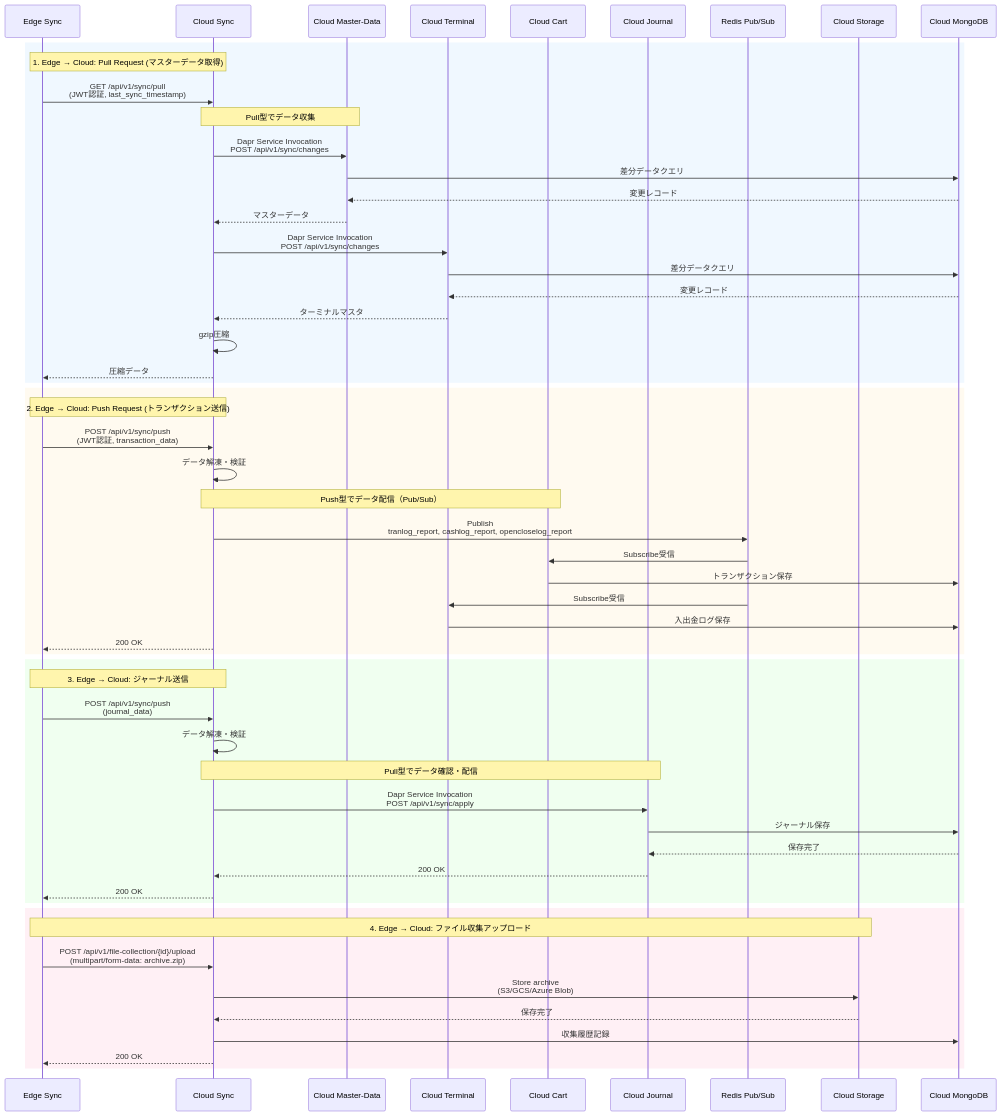
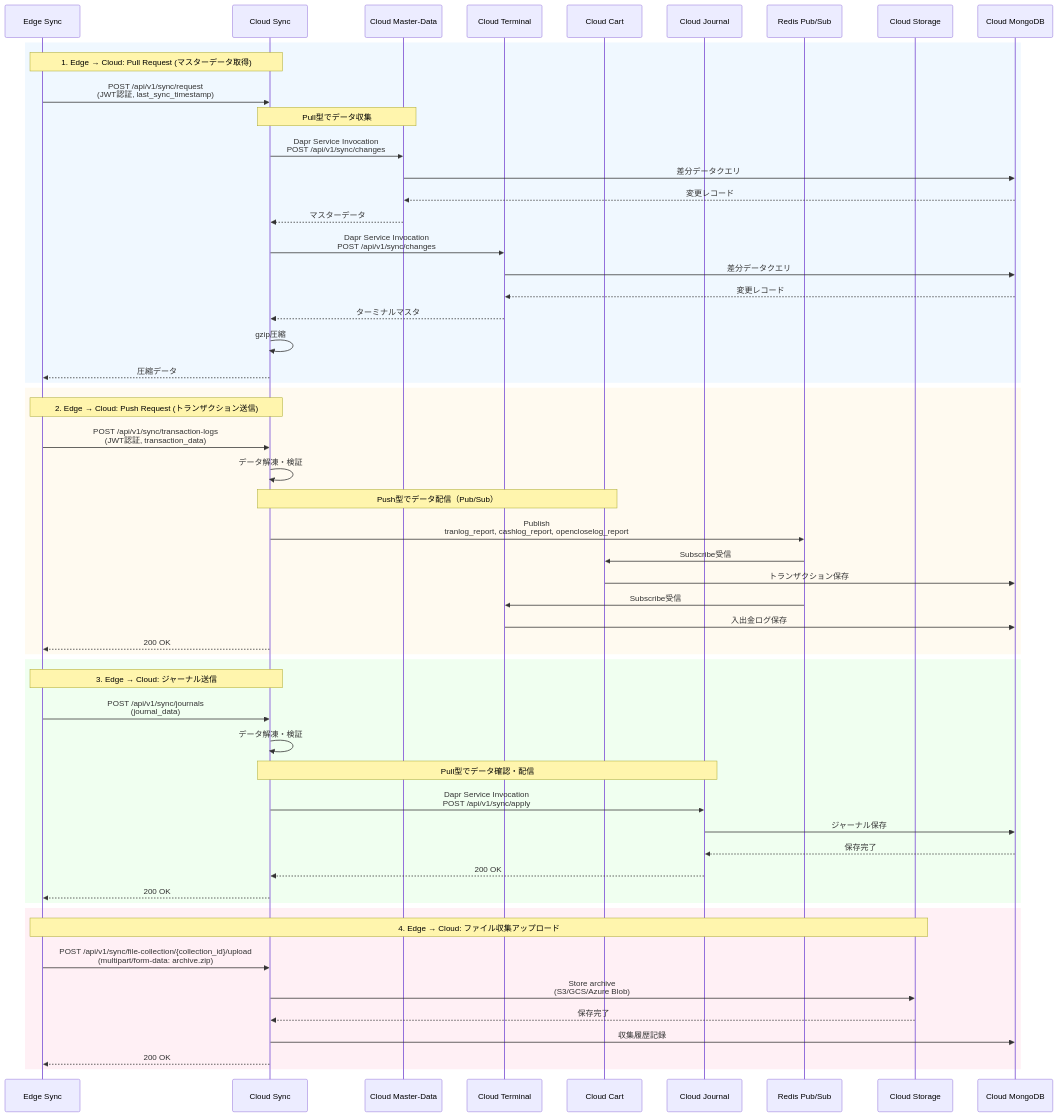
Diagram 25 of 32 in notes/1-sync/03_アーキテクチャー解説書.md (gaocuiping/kugelpos-stpos-docs-new), drawn with Mermaid before and after one commit. The commit also changed other lines of this file and 1 other file, not shown here.

First line of the commit message:
docs: Sync Serviceのエンドポイントをすべて/api/v1/syncプレフィックスに統一 #1

````diff
--- a/notes/1-sync/03_アーキテクチャー解説書.md
+++ b/notes/1-sync/03_アーキテクチャー解説書.md
@@ -1422,81 +1422,81 @@
 ```mermaid
 sequenceDiagram
     participant EdgeSync as Edge Sync
     participant CloudSync as Cloud Sync
     participant CloudMD as Cloud Master-Data
     participant CloudTerm as Cloud Terminal
     participant CloudCart as Cloud Cart
     participant CloudJournal as Cloud Journal
     participant PubSub as Redis Pub/Sub
     participant CloudStorage as Cloud Storage
     participant CloudDB as Cloud MongoDB
 
     rect rgb(240, 248, 255)
         Note over EdgeSync,CloudSync: 1. Edge → Cloud: Pull Request (マスターデータ取得)
 
-        EdgeSync->>CloudSync: GET /api/v1/sync/pull<br/>(JWT認証, last_sync_timestamp)
+        EdgeSync->>CloudSync: POST /api/v1/sync/request<br/>(JWT認証, last_sync_timestamp)
 
         Note over CloudSync,CloudMD: Pull型でデータ収集
 
         CloudSync->>CloudMD: Dapr Service Invocation<br/>POST /api/v1/sync/changes
         CloudMD->>CloudDB: 差分データクエリ
         CloudDB-->>CloudMD: 変更レコード
         CloudMD-->>CloudSync: マスターデータ
 
         CloudSync->>CloudTerm: Dapr Service Invocation<br/>POST /api/v1/sync/changes
         CloudTerm->>CloudDB: 差分データクエリ
         CloudDB-->>CloudTerm: 変更レコード
         CloudTerm-->>CloudSync: ターミナルマスタ
 
         CloudSync->>CloudSync: gzip圧縮
         CloudSync-->>EdgeSync: 圧縮データ
     end
 
     rect rgb(255, 250, 240)
         Note over EdgeSync,CloudSync: 2. Edge → Cloud: Push Request (トランザクション送信)
 
-        EdgeSync->>CloudSync: POST /api/v1/sync/push<br/>(JWT認証, transaction_data)
+        EdgeSync->>CloudSync: POST /api/v1/sync/transaction-logs<br/>(JWT認証, transaction_data)
 
         CloudSync->>CloudSync: データ解凍・検証
 
         Note over CloudSync,CloudCart: Push型でデータ配信（Pub/Sub）
 
         CloudSync->>PubSub: Publish<br/>tranlog_report, cashlog_report, opencloselog_report
         PubSub->>CloudCart: Subscribe受信
         CloudCart->>CloudDB: トランザクション保存
 
         PubSub->>CloudTerm: Subscribe受信
         CloudTerm->>CloudDB: 入出金ログ保存
 
         CloudSync-->>EdgeSync: 200 OK
     end
 
     rect rgb(240, 255, 240)
         Note over EdgeSync,CloudSync: 3. Edge → Cloud: ジャーナル送信
 
-        EdgeSync->>CloudSync: POST /api/v1/sync/push<br/>(journal_data)
+        EdgeSync->>CloudSync: POST /api/v1/sync/journals<br/>(journal_data)
 
         CloudSync->>CloudSync: データ解凍・検証
 
         Note over CloudSync,CloudJournal: Pull型でデータ確認・配信
 
         CloudSync->>CloudJournal: Dapr Service Invocation<br/>POST /api/v1/sync/apply
         CloudJournal->>CloudDB: ジャーナル保存
         CloudDB-->>CloudJournal: 保存完了
         CloudJournal-->>CloudSync: 200 OK
 
         CloudSync-->>EdgeSync: 200 OK
     end
 
     rect rgb(255, 240, 245)
         Note over EdgeSync,CloudStorage: 4. Edge → Cloud: ファイル収集アップロード
 
-        EdgeSync->>CloudSync: POST /api/v1/file-collection/{id}/upload<br/>(multipart/form-data: archive.zip)
+        EdgeSync->>CloudSync: POST /api/v1/sync/file-collection/{collection_id}/upload<br/>(multipart/form-data: archive.zip)
 
         CloudSync->>CloudStorage: Store archive<br/>(S3/GCS/Azure Blob)
         CloudStorage-->>CloudSync: 保存完了
 
         CloudSync->>CloudDB: 収集履歴記録
         CloudSync-->>EdgeSync: 200 OK
     end
 ```
````
